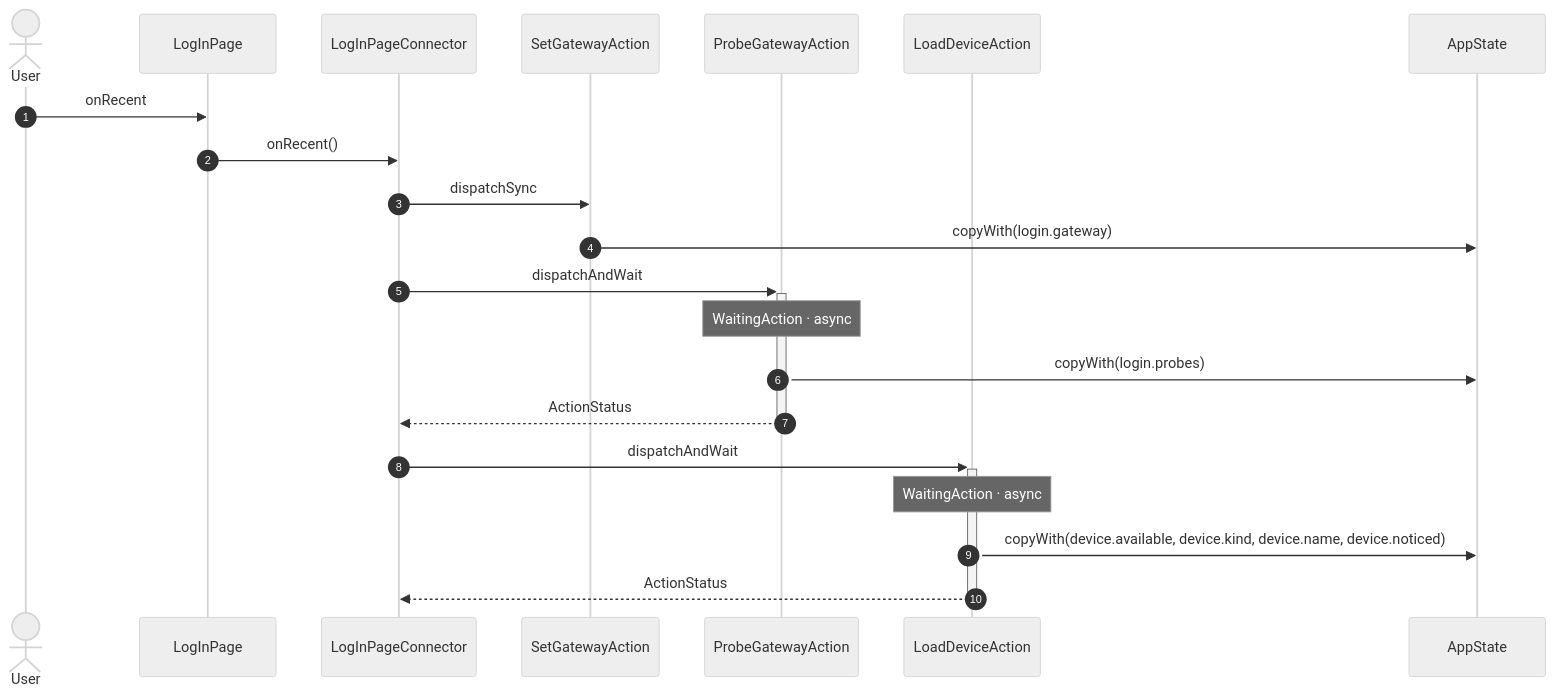
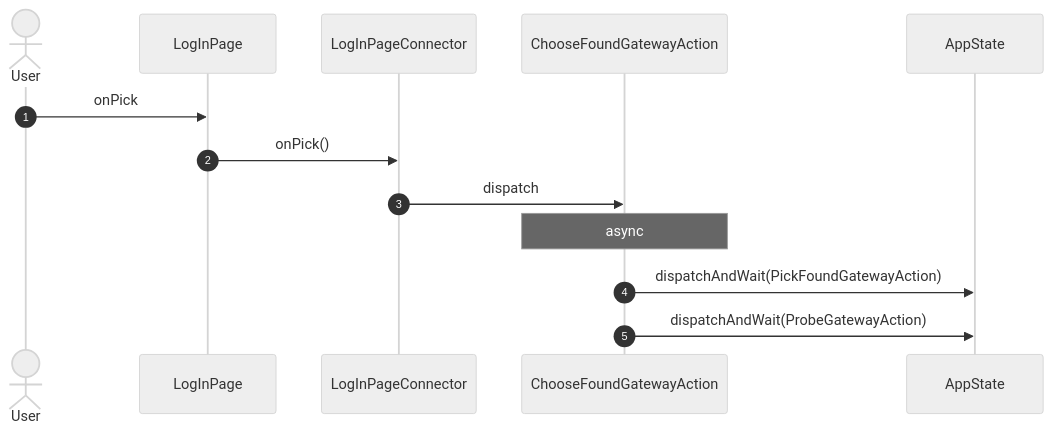
The eighth of 19 diagrams in studio/docs/flows/logIn.md (gencto/wyrm), drawn with Mermaid (neutral theme) before and after one commit. The commit also changed other lines of this file and 90 other files, not shown here.

````diff
--- a/studio/docs/flows/logIn.md
+++ b/studio/docs/flows/logIn.md
@@ -96,24 +163,16 @@
 ```mermaid
 sequenceDiagram
     autonumber
     actor User
     participant UI as LogInPage
     participant VM as LogInPageConnector
-    participant A1 as SetGatewayAction
-    participant A2 as ProbeGatewayAction
-    participant A3 as LoadDeviceAction
+    participant A1 as ChooseFoundGatewayAction
     participant ST as AppState
 
-    User->>UI: onRecent
-    UI->>VM: onRecent()
-    VM->>A1: dispatchSync
-    A1->>ST: copyWith(login.gateway)
-    VM->>+A2: dispatchAndWait
-    Note over A2: WaitingAction · async
-    A2->>ST: copyWith(login.probes)
-    A2-->>-VM: ActionStatus
-    VM->>+A3: dispatchAndWait
-    Note over A3: WaitingAction · async
-    A3->>ST: copyWith(device.available, device.kind, device.name, device.noticed)
-    A3-->>-VM: ActionStatus
+    User->>UI: onPick
+    UI->>VM: onPick()
+    VM->>A1: dispatch
+    Note over A1: async
+    A1->>ST: dispatchAndWait(PickFoundGatewayAction)
+    A1->>ST: dispatchAndWait(ProbeGatewayAction)
 ```
````
